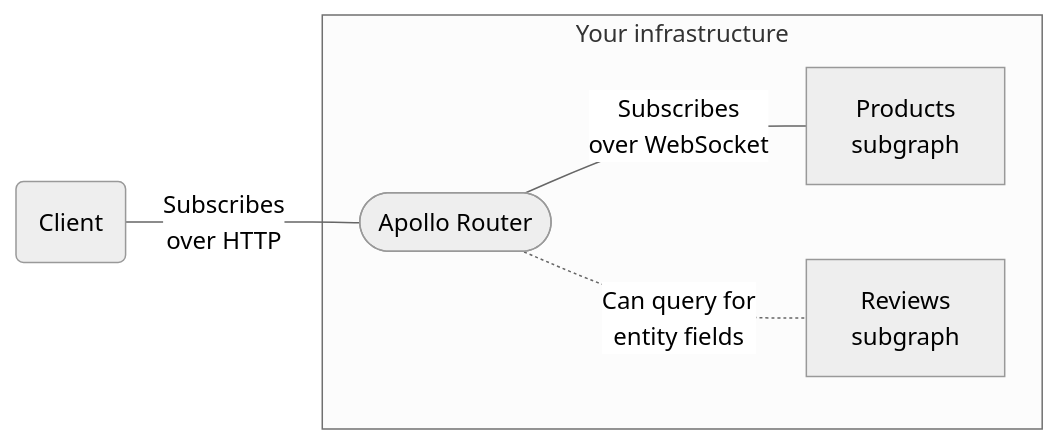
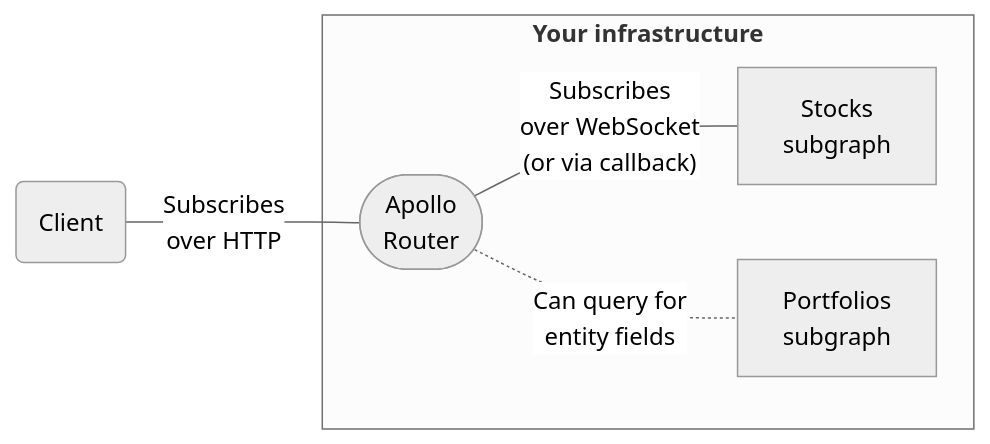
One commit to apollographql/router changed the second of 2 diagrams in docs/source/executing-operations/subscription-support.mdx. Above: the diagram before and after it, drawn with Mermaid (neutral theme). The commit also changed other lines of this file and 2 other files, not shown here.

````diff
--- a/docs/source/executing-operations/subscription-support.mdx
+++ b/docs/source/executing-operations/subscription-support.mdx
@@ -14,13 +40,13 @@
 ```mermaid
 flowchart LR;
   client(Client);
-  subgraph "Your infrastructure";
-  router(["Apollo Router"]);
-  subgraphA[Products<br/>subgraph];
-  subgraphB[Reviews<br/>subgraph];
-  router---|Subscribes<br/>over WebSocket|subgraphA;
+  subgraph "<b>Your infrastructure</b>";
+  router(["Apollo<br/>Router"]);
+  subgraphA[Stocks<br/>subgraph];
+  subgraphB[Portfolios<br/>subgraph];
+  router---|"Subscribes<br/>over WebSocket<br/>(or via callback)"|subgraphA;
   router-.-|Can query for<br/>entity fields|subgraphB;
   end;
   client---|Subscribes<br/>over HTTP|router;
   class client secondary;
 ```
````
